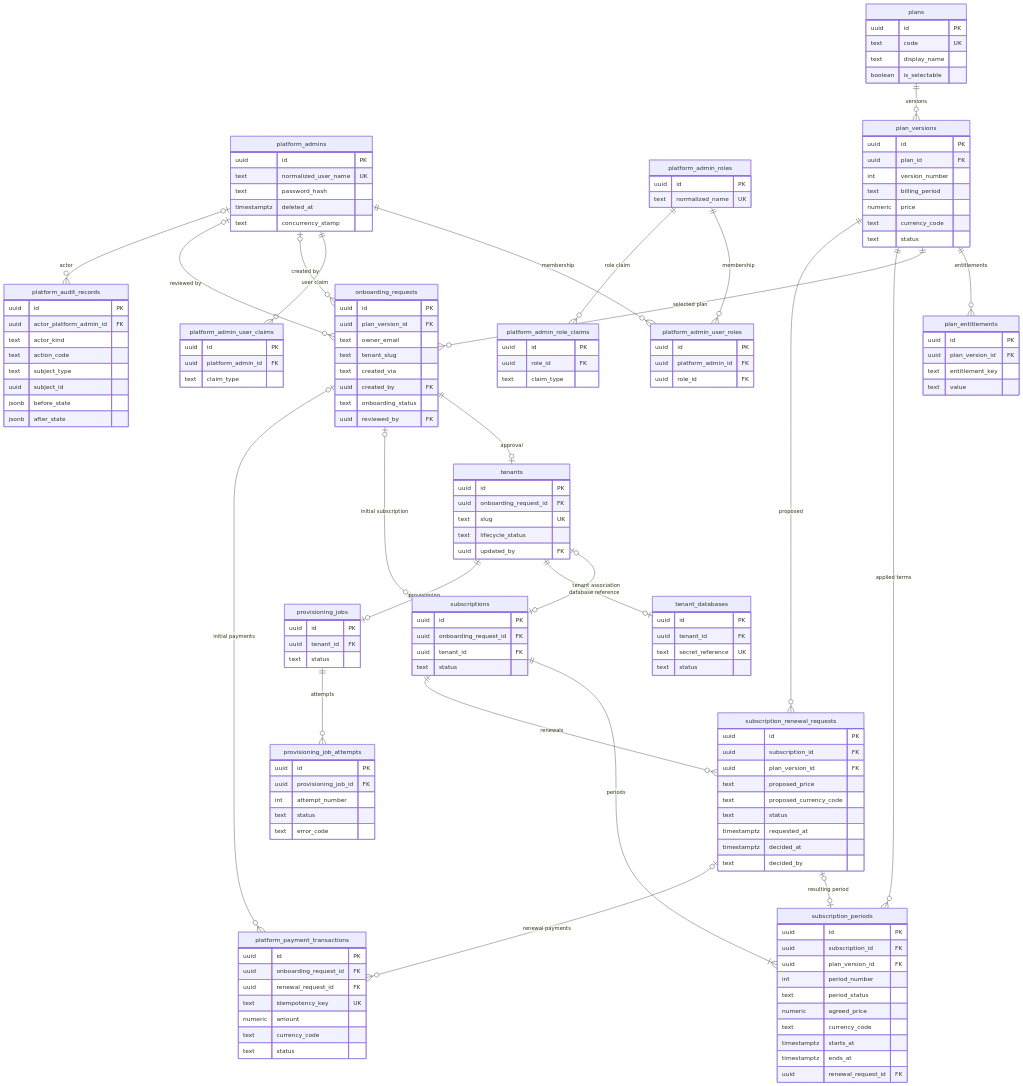
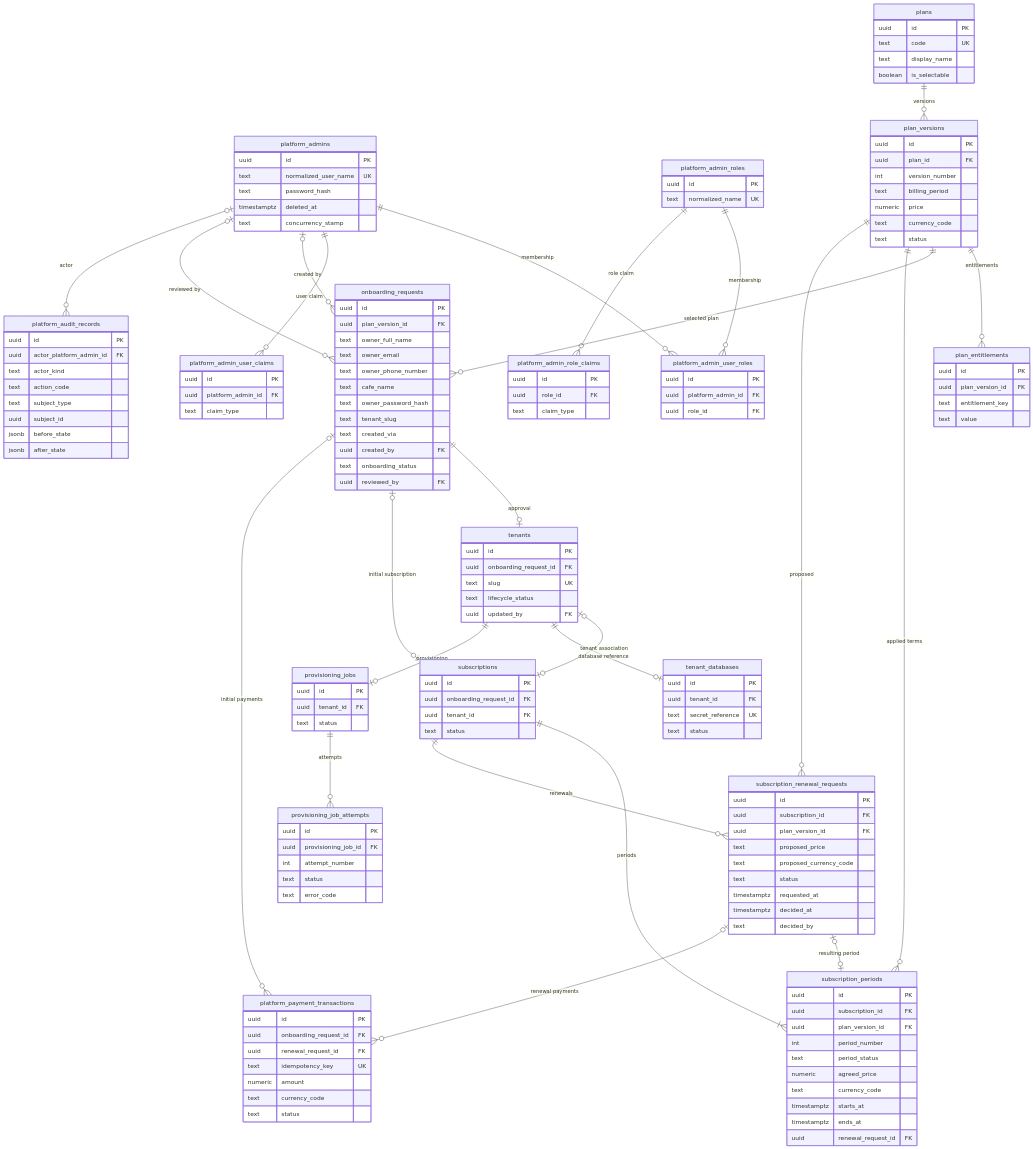
One commit to Cafe-Sass/CafeHub-Backend changed the diagram in architecture/erd-master.md. Above: the diagram before and after it, drawn with Mermaid. The commit also changed other lines of this file, not shown here.

First line of the commit message:
docs(database): add registration data to onboarding requests in master ERD

```diff
--- a/architecture/erd-master.md
+++ b/architecture/erd-master.md
@@ -56,7 +56,11 @@
     onboarding_requests {
         uuid id PK
         uuid plan_version_id FK
+        text owner_full_name
         text owner_email
+        text owner_phone_number
+        text cafe_name
+        text owner_password_hash
         text tenant_slug
         text created_via
         uuid created_by FK
```
